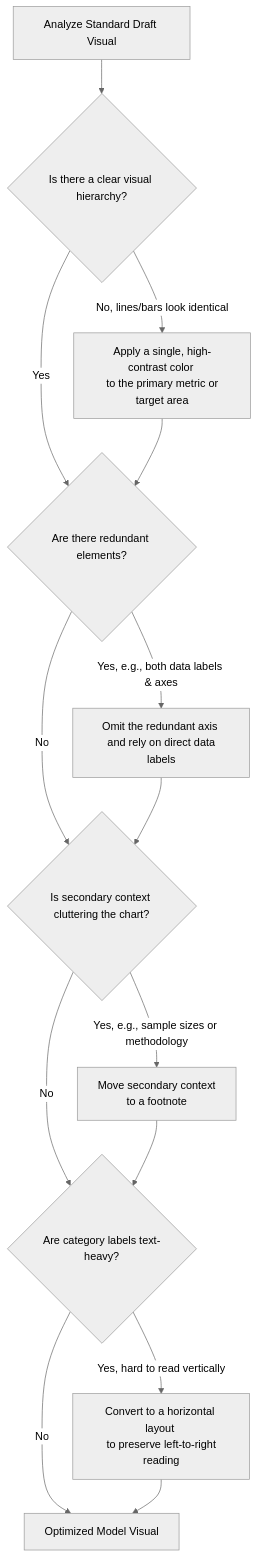
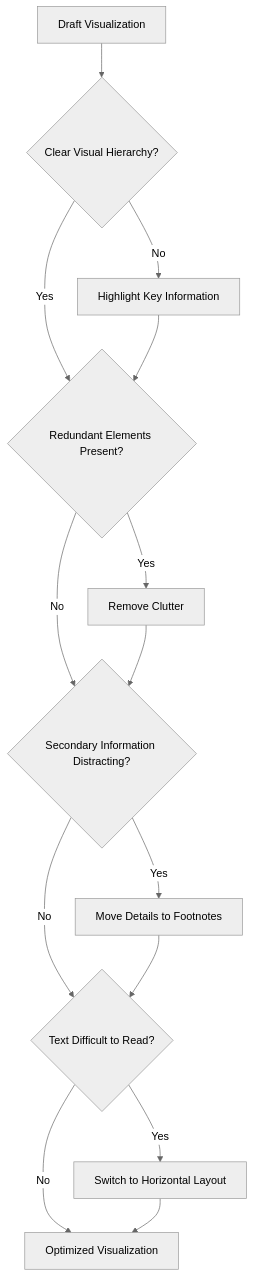
The diagram in Trimester 1/Data Visualization & Storytelling/W02 - Module 1b. Taxonomy of Data Visualisation Methods/L5/Dissecting Model Visuals Transcript.md (Balasubramanian-pg/MSC.-Data-Science-AI), drawn with Mermaid (neutral theme) before and after one commit. The commit also changed other lines of this file, not shown here.

Commit message:
Update Dissecting Model Visuals Transcript.md

````diff
--- a/Trimester 1/Data Visualization & Storytelling/W02 - Module 1b. Taxonomy of Data Visualisation Methods/L5/Dissecting Model Visuals Transcript.md
+++ b/Trimester 1/Data Visualization & Storytelling/W02 - Module 1b. Taxonomy of Data Visualisation Methods/L5/Dissecting Model Visuals Transcript.md
@@ -15,24 +89,30 @@
 ```mermaid
-graph TD
-    Start[Analyze Standard Draft Visual] --> Step1{Is there a clear visual hierarchy?}
-    
-    Step1 -->|No, lines/bars look identical| Action1[Apply a single, high-contrast color <br> to the primary metric or target area]
-    Step1 -->|Yes| Step2{Are there redundant elements?}
-    
-    Action1 --> Step2
-    
-    Step2 -->|Yes, e.g., both data labels & axes| Action2[Omit the redundant axis <br> and rely on direct data labels]
-    Step2 -->|No| Step3{Is secondary context cluttering the chart?}
-    
-    Action2 --> Step3
-    
-    Step3 -->|Yes, e.g., sample sizes or methodology| Action3[Move secondary context <br> to a footnote]
-    Step3 -->|No| Step4{Are category labels text-heavy?}
-    
-    Action3 --> Step4
-    
-    Step4 -->|Yes, hard to read vertically| Action4[Convert to a horizontal layout <br> to preserve left-to-right reading]
-    Step4 -->|No| Success[Optimized Model Visual]
-    
-    Action4 --> Success
+flowchart TD
+
+A[Draft Visualization]
+--> B{Clear Visual Hierarchy?}
+
+B -->|No| C[Highlight Key Information]
+
+B -->|Yes| D{Redundant Elements Present?}
+
+C --> D
+
+D -->|Yes| E[Remove Clutter]
+
+D -->|No| F{Secondary Information Distracting?}
+
+E --> F
+
+F -->|Yes| G[Move Details to Footnotes]
+
+F -->|No| H{Text Difficult to Read?}
+
+G --> H
+
+H -->|Yes| I[Switch to Horizontal Layout]
+
+H -->|No| J[Optimized Visualization]
+
+I --> J
 ```
````
